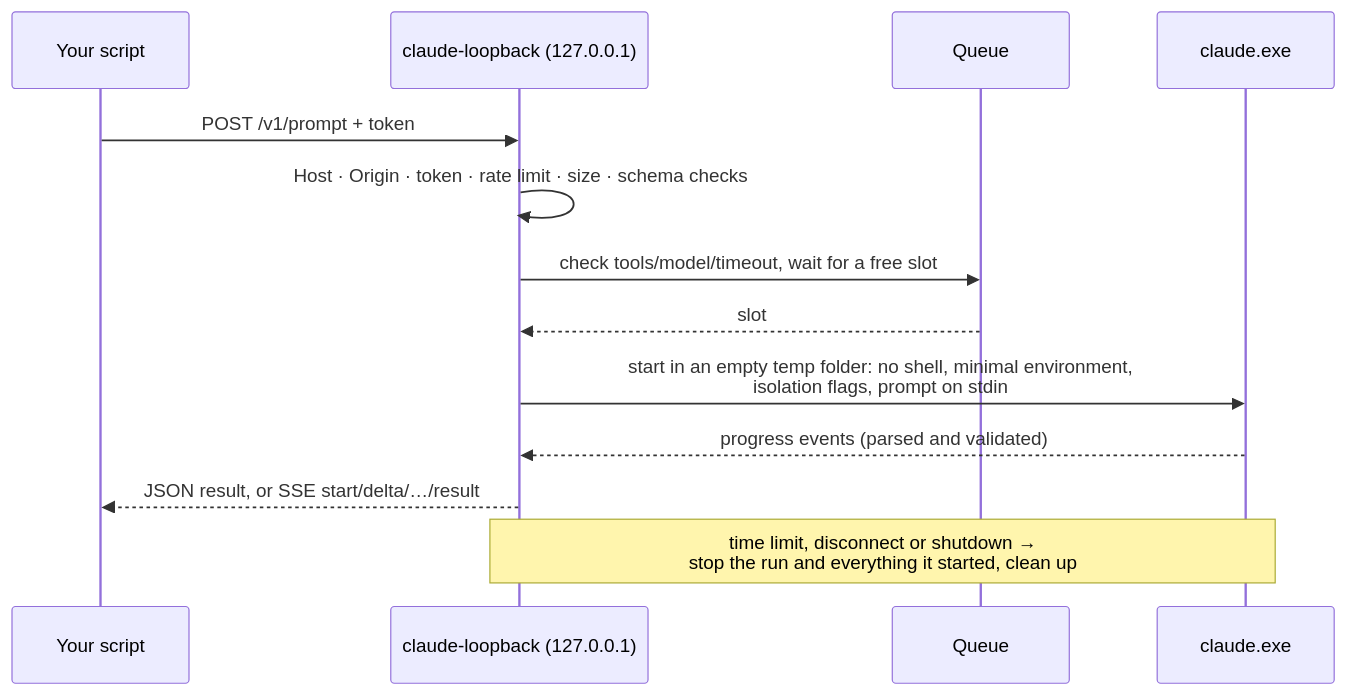
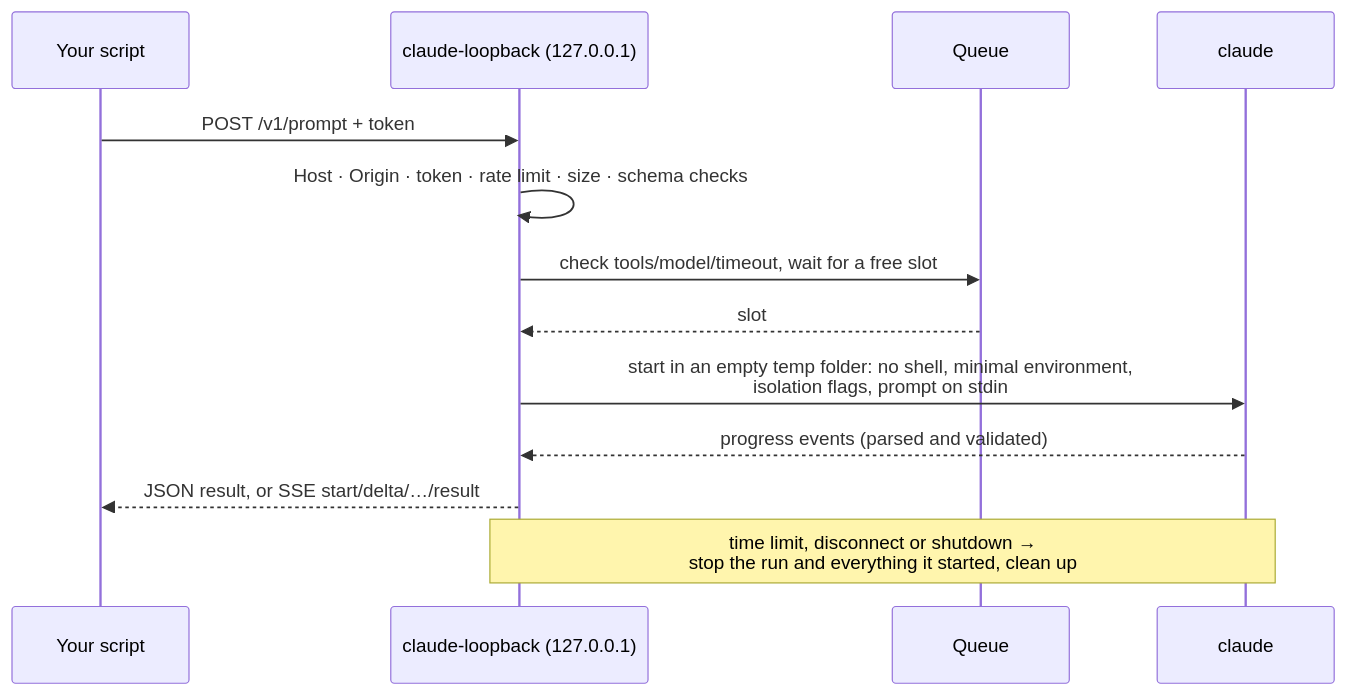
Before and after one commit to cwfreelance/claude-loopback: the diagram in README.md, drawn with Mermaid. The commit also changed other lines of this file and 13 other files, not shown here.

````diff
--- a/README.md
+++ b/README.md
@@ -362,15 +398,15 @@
 ```mermaid
 sequenceDiagram
     participant S as Your script
     participant L as claude-loopback (127.0.0.1)
     participant Q as Queue
-    participant C as claude.exe
+    participant C as claude
     S->>L: POST /v1/prompt + token
     L->>L: Host · Origin · token · rate limit · size · schema checks
     L->>Q: check tools/model/timeout, wait for a free slot
     Q-->>L: slot
     L->>C: start in an empty temp folder: no shell, minimal environment,<br/>isolation flags, prompt on stdin
     C-->>L: progress events (parsed and validated)
     L-->>S: JSON result, or SSE start/delta/…/result
     Note over L,C: time limit, disconnect or shutdown →<br/>stop the run and everything it started, clean up
 ```
````
